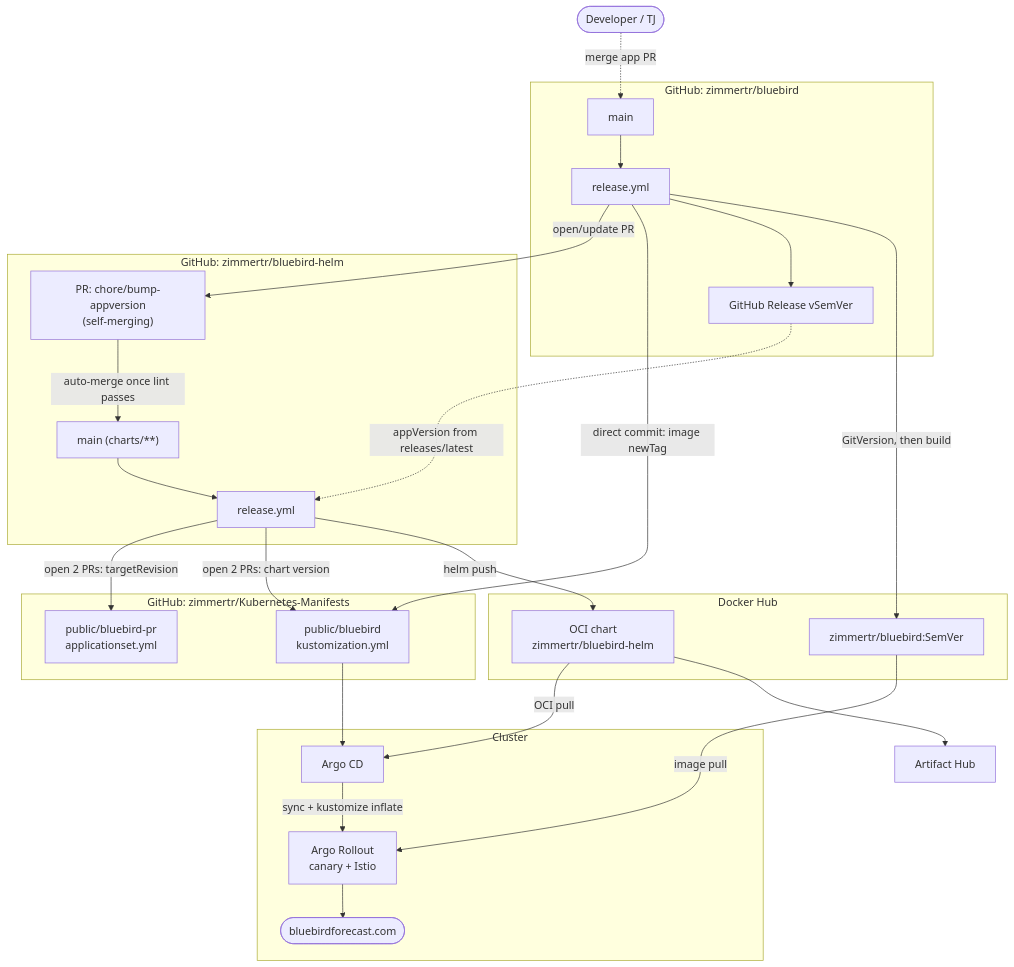
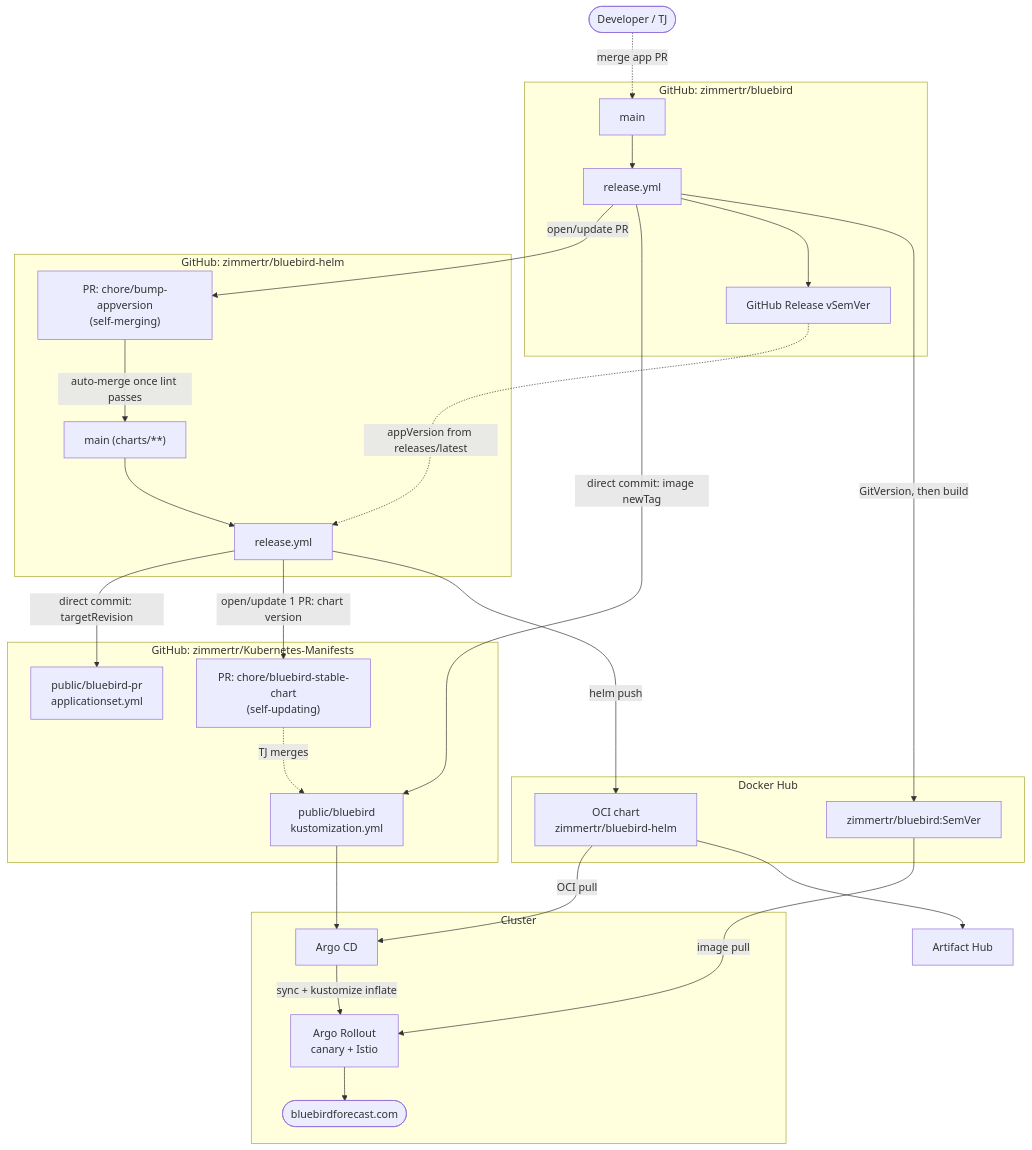
The first of 6 diagrams in docs/CICD.md (zimmertr/bluebird), drawn with Mermaid before and after one commit. The commit also changed other lines of this file, not shown here.

First line of the commit message:
docs: describe the deduped, split chart-bump flow

````diff
--- a/docs/CICD.md
+++ b/docs/CICD.md
@@ -30,55 +30,57 @@
 ```mermaid
 flowchart TD
     dev(["Developer / TJ"])
 
     subgraph BB["GitHub: zimmertr/bluebird"]
         bbMain["main"]
         bbRel["release.yml"]
         ghRelease["GitHub Release vSemVer"]
     end
 
     subgraph HELM["GitHub: zimmertr/bluebird-helm"]
         helmPR["PR: chore/bump-appversion<br/>(self-merging)"]
         helmMain["main (charts/**)"]
         helmRel["release.yml"]
     end
 
     subgraph KM["GitHub: zimmertr/Kubernetes-Manifests"]
+        kmStablePR["PR: chore/bluebird-stable-chart<br/>(self-updating)"]
         kmStable["public/bluebird<br/>kustomization.yml"]
         kmPreview["public/bluebird-pr<br/>applicationset.yml"]
     end
 
     subgraph DH["Docker Hub"]
         dhImage["zimmertr/bluebird:SemVer"]
         dhChart["OCI chart<br/>zimmertr/bluebird-helm"]
     end
 
     ah["Artifact Hub"]
 
     subgraph CL["Cluster"]
         argocd["Argo CD"]
         rollout["Argo Rollout<br/>canary + Istio"]
         prod(["bluebirdforecast.com"])
     end
 
     dev -.->|merge app PR| bbMain
     bbMain --> bbRel
     bbRel -->|GitVersion, then build| dhImage
     bbRel --> ghRelease
     bbRel -->|direct commit: image newTag| kmStable
     bbRel -->|open/update PR| helmPR
 
     helmPR -->|auto-merge once lint passes| helmMain
     helmMain --> helmRel
     ghRelease -.->|appVersion from releases/latest| helmRel
     helmRel -->|helm push| dhChart
     dhChart --> ah
-    helmRel -->|open 2 PRs: chart version| kmStable
-    helmRel -->|open 2 PRs: targetRevision| kmPreview
+    helmRel -->|open/update 1 PR: chart version| kmStablePR
+    kmStablePR -.->|TJ merges| kmStable
+    helmRel -->|direct commit: targetRevision| kmPreview
 
     kmStable --> argocd
     dhChart -->|OCI pull| argocd
     argocd -->|sync + kustomize inflate| rollout
     dhImage -->|image pull| rollout
     rollout --> prod
 ```
````
